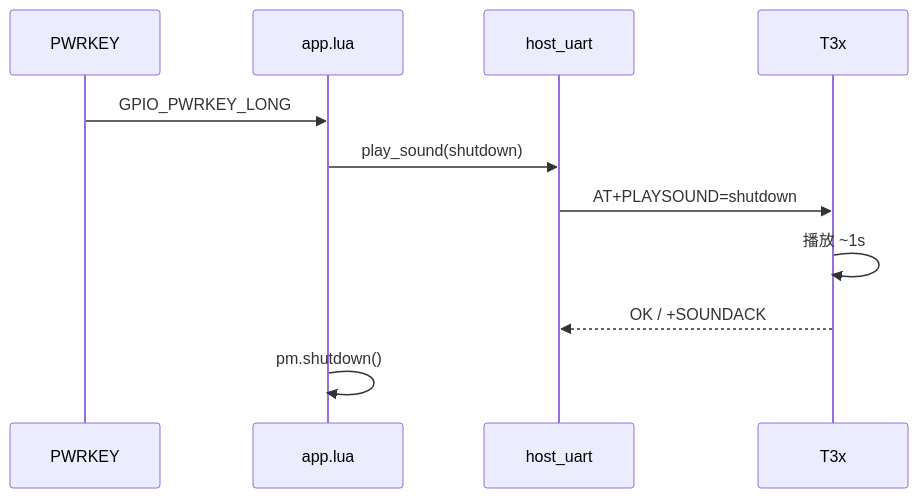
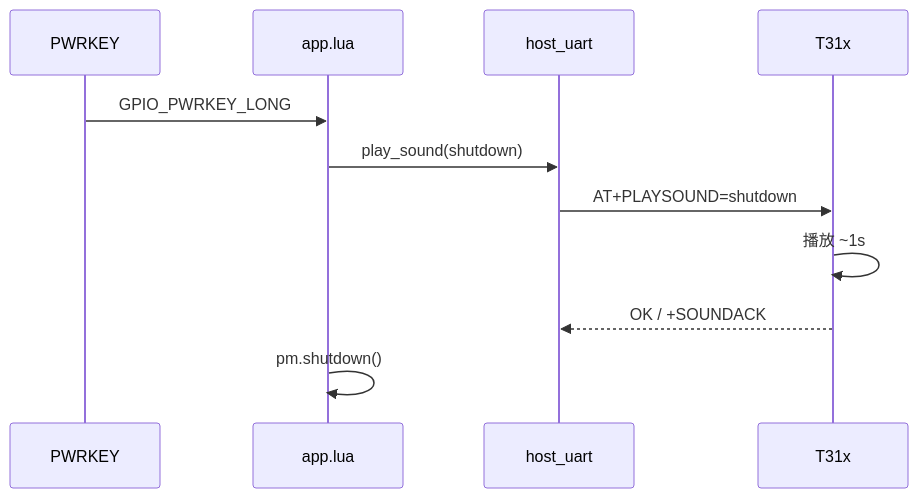
Before and after one commit to dzr1986/AIR780EHM: the third of 5 diagrams in doc/BOOT_SHUTDOWN_SOUND.md, drawn with Mermaid. The commit also changed other lines of this file and 402 other files, not shown here.

````diff
--- a/doc/BOOT_SHUTDOWN_SOUND.md
+++ b/doc/BOOT_SHUTDOWN_SOUND.md
@@ -233,14 +233,14 @@
 ```mermaid
 sequenceDiagram
     participant K as PWRKEY
     participant A as app.lua
     participant H as host_uart
-    participant T as T3x
+    participant T as T31x
 
     K->>A: GPIO_PWRKEY_LONG
     A->>H: play_sound(shutdown)
     H->>T: AT+PLAYSOUND=shutdown
     T->>T: 播放 ~1s
     T-->>H: OK / +SOUNDACK
     A->>A: pm.shutdown()
 ```
````
